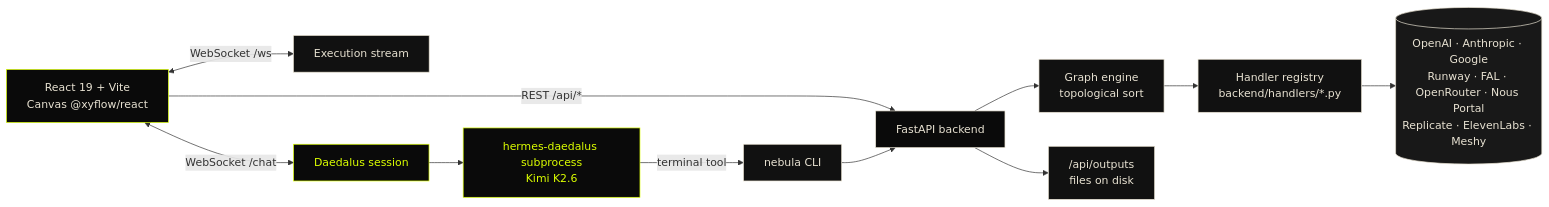
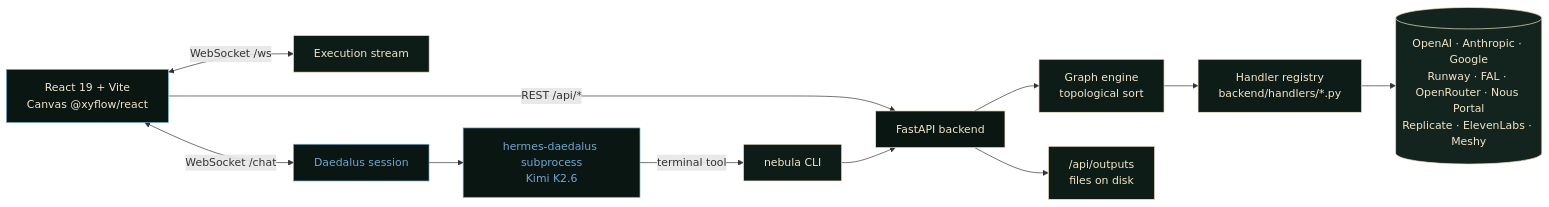
Before and after one commit to JustinPerea/nebula-nodes: the diagram in README.md, drawn with Mermaid. The commit also changed other lines of this file and 1 other file, not shown here.

````diff
--- a/README.md
+++ b/README.md
@@ -225,25 +228,24 @@
 ```mermaid
 graph LR
     UI[React 19 + Vite<br/>Canvas @xyflow/react] -->|REST /api/*| API[FastAPI backend]
     UI <-->|WebSocket /ws| WS[Execution stream]
     API --> ENGINE[Graph engine<br/>topological sort]
     ENGINE --> HANDLERS[Handler registry<br/>backend/handlers/*.py]
     HANDLERS --> PROVIDERS[(OpenAI · Anthropic · Google<br/>Runway · FAL · OpenRouter · Nous Portal<br/>Replicate · ElevenLabs · Meshy)]
     API --> OUT["/api/outputs<br/>files on disk"]
     UI <-->|WebSocket /chat| CHAT[Daedalus session]
     CHAT --> HERMES[hermes-daedalus subprocess<br/>Kimi K2.6]
     HERMES -->|terminal tool| CLI[nebula CLI]
     CLI --> API
 
-    style UI fill:#0A0A0A,color:#E8E2D2,stroke:#DCFF00
-    style API fill:#0A0A0A,color:#E8E2D2,stroke:#E8E2D2
-    style ENGINE fill:#111111,color:#E8E2D2,stroke:#E8E2D2
-    style HANDLERS fill:#111111,color:#E8E2D2,stroke:#E8E2D2
-    style PROVIDERS fill:#181818,color:#E8E2D2,stroke:#E8E2D2
-    style OUT fill:#111111,color:#E8E2D2,stroke:#E8E2D2
-    style WS fill:#111111,color:#E8E2D2,stroke:#E8E2D2
-    style CHAT fill:#0A0A0A,color:#0A0A0A,stroke:#DCFF00
-    style CHAT color:#DCFF00
-    style HERMES fill:#0A0A0A,color:#DCFF00,stroke:#DCFF00
-    style CLI fill:#111111,color:#E8E2D2,stroke:#E8E2D2
+    style UI fill:#0a1612,color:#f3e6c4,stroke:#6ba8d6
+    style API fill:#0a1612,color:#f3e6c4,stroke:#f3e6c4
+    style ENGINE fill:#0e1c18,color:#f3e6c4,stroke:#f3e6c4
+    style HANDLERS fill:#0e1c18,color:#f3e6c4,stroke:#f3e6c4
+    style PROVIDERS fill:#13231e,color:#f3e6c4,stroke:#f3e6c4
+    style OUT fill:#0e1c18,color:#f3e6c4,stroke:#f3e6c4
+    style WS fill:#0e1c18,color:#f3e6c4,stroke:#f3e6c4
+    style CHAT fill:#0a1612,color:#6ba8d6,stroke:#6ba8d6
+    style HERMES fill:#0a1612,color:#6ba8d6,stroke:#6ba8d6
+    style CLI fill:#0e1c18,color:#f3e6c4,stroke:#f3e6c4
 ```
````
